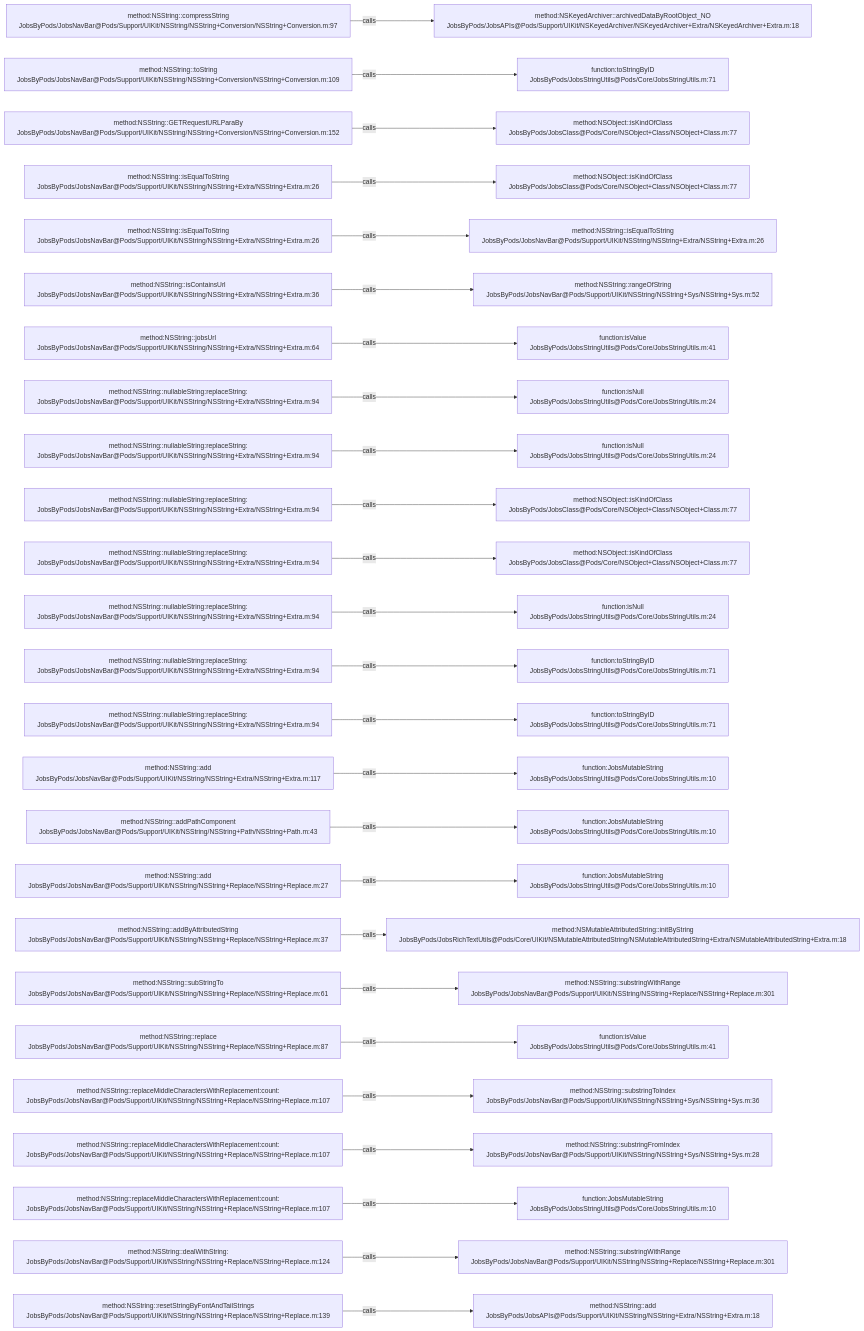
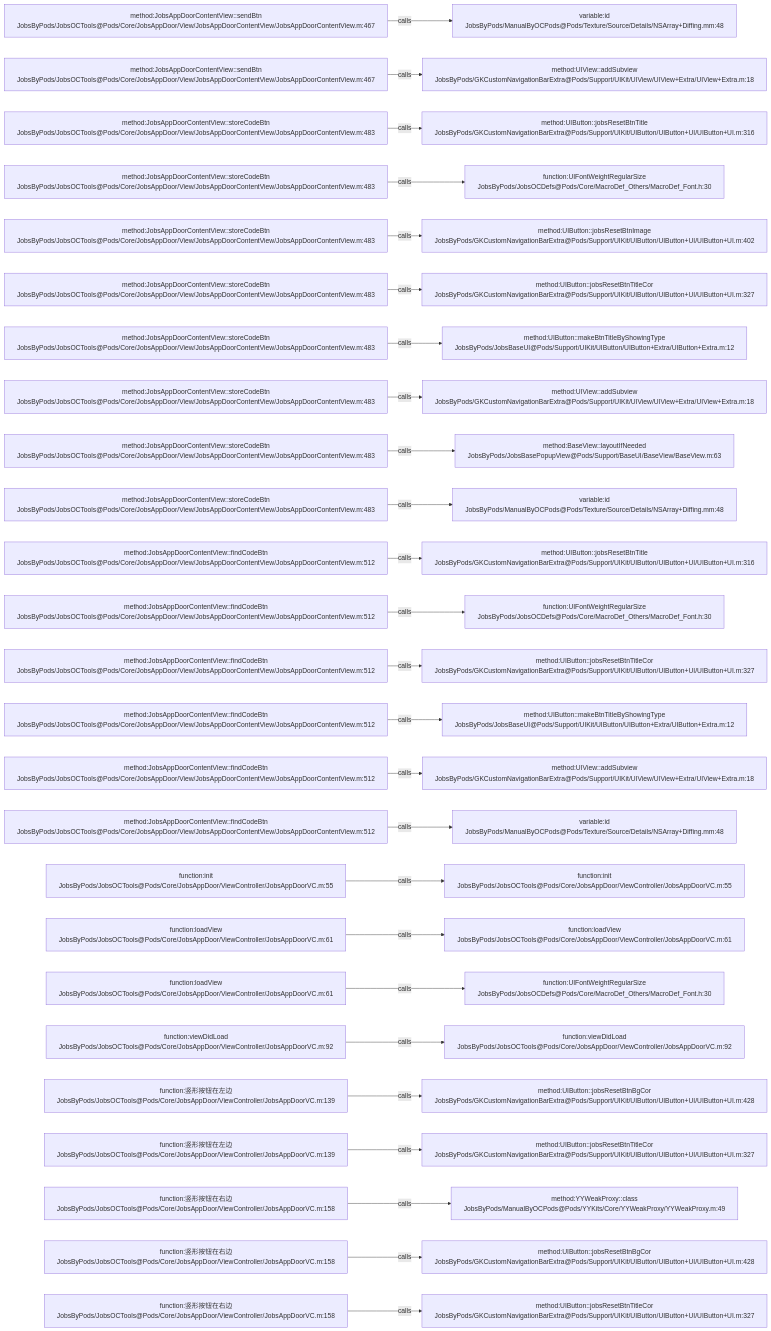
One commit to JobsKits/JobsOCBaseConfigDemo changed the diagram in .codegraph/codegraph.md/graphs/calls-150.md. Above: the diagram before and after it, drawn with Mermaid. The commit also changed 1026 other files, not shown here.

````diff
--- a/.codegraph/codegraph.md/graphs/calls-150.md
+++ b/.codegraph/codegraph.md/graphs/calls-150.md
@@ -13,78 +13,78 @@
 ```mermaid
 flowchart LR
-  S1["method:NSString::compressString<br/>JobsByPods/JobsNavBar@Pods/Support/UIKit/NSString/NSString+Conversion/NSString+Conversion.m:97"]
-  T1["method:NSKeyedArchiver::archivedDataByRootObject_NO<br/>JobsByPods/JobsAPIs@Pods/Support/UIKit/NSKeyedArchiver/NSKeyedArchiver+Extra/NSKeyedArchiver+Extra.m:18"]
+  S1["method:JobsAppDoorContentView::sendBtn<br/>JobsByPods/JobsOCTools@Pods/Core/JobsAppDoor/View/JobsAppDoorContentView/JobsAppDoorContentView.m:467"]
+  T1["variable:id<br/>JobsByPods/ManualByOCPods@Pods/Texture/Source/Details/NSArray+Diffing.mm:48"]
   S1 -->|calls| T1
-  S2["method:NSString::toString<br/>JobsByPods/JobsNavBar@Pods/Support/UIKit/NSString/NSString+Conversion/NSString+Conversion.m:109"]
-  T2["function:toStringByID<br/>JobsByPods/JobsStringUtils@Pods/Core/JobsStringUtils.m:71"]
+  S2["method:JobsAppDoorContentView::sendBtn<br/>JobsByPods/JobsOCTools@Pods/Core/JobsAppDoor/View/JobsAppDoorContentView/JobsAppDoorContentView.m:467"]
+  T2["method:UIView::addSubview<br/>JobsByPods/GKCustomNavigationBarExtra@Pods/Support/UIKit/UIView/UIView+Extra/UIView+Extra.m:18"]
   S2 -->|calls| T2
-  S3["method:NSString::GETRequestURLParaBy<br/>JobsByPods/JobsNavBar@Pods/Support/UIKit/NSString/NSString+Conversion/NSString+Conversion.m:152"]
-  T3["method:NSObject::isKindOfClass<br/>JobsByPods/JobsClass@Pods/Core/NSObject+Class/NSObject+Class.m:77"]
+  S3["method:JobsAppDoorContentView::storeCodeBtn<br/>JobsByPods/JobsOCTools@Pods/Core/JobsAppDoor/View/JobsAppDoorContentView/JobsAppDoorContentView.m:483"]
+  T3["method:UIButton::jobsResetBtnTitle<br/>JobsByPods/GKCustomNavigationBarExtra@Pods/Support/UIKit/UIButton/UIButton+UI/UIButton+UI.m:316"]
   S3 -->|calls| T3
-  S4["method:NSString::isEqualToString<br/>JobsByPods/JobsNavBar@Pods/Support/UIKit/NSString/NSString+Extra/NSString+Extra.m:26"]
-  T4["method:NSObject::isKindOfClass<br/>JobsByPods/JobsClass@Pods/Core/NSObject+Class/NSObject+Class.m:77"]
+  S4["method:JobsAppDoorContentView::storeCodeBtn<br/>JobsByPods/JobsOCTools@Pods/Core/JobsAppDoor/View/JobsAppDoorContentView/JobsAppDoorContentView.m:483"]
+  T4["function:UIFontWeightRegularSize<br/>JobsByPods/JobsOCDefs@Pods/Core/MacroDef_Others/MacroDef_Font.h:30"]
   S4 -->|calls| T4
-  S5["method:NSString::isEqualToString<br/>JobsByPods/JobsNavBar@Pods/Support/UIKit/NSString/NSString+Extra/NSString+Extra.m:26"]
-  T5["method:NSString::isEqualToString<br/>JobsByPods/JobsNavBar@Pods/Support/UIKit/NSString/NSString+Extra/NSString+Extra.m:26"]
+  S5["method:JobsAppDoorContentView::storeCodeBtn<br/>JobsByPods/JobsOCTools@Pods/Core/JobsAppDoor/View/JobsAppDoorContentView/JobsAppDoorContentView.m:483"]
+  T5["method:UIButton::jobsResetBtnImage<br/>JobsByPods/GKCustomNavigationBarExtra@Pods/Support/UIKit/UIButton/UIButton+UI/UIButton+UI.m:402"]
   S5 -->|calls| T5
-  S6["method:NSString::isContainsUrl<br/>JobsByPods/JobsNavBar@Pods/Support/UIKit/NSString/NSString+Extra/NSString+Extra.m:36"]
-  T6["method:NSString::rangeOfString<br/>JobsByPods/JobsNavBar@Pods/Support/UIKit/NSString/NSString+Sys/NSString+Sys.m:52"]
+  S6["method:JobsAppDoorContentView::storeCodeBtn<br/>JobsByPods/JobsOCTools@Pods/Core/JobsAppDoor/View/JobsAppDoorContentView/JobsAppDoorContentView.m:483"]
+  T6["method:UIButton::jobsResetBtnTitleCor<br/>JobsByPods/GKCustomNavigationBarExtra@Pods/Support/UIKit/UIButton/UIButton+UI/UIButton+UI.m:327"]
   S6 -->|calls| T6
-  S7["method:NSString::jobsUrl<br/>JobsByPods/JobsNavBar@Pods/Support/UIKit/NSString/NSString+Extra/NSString+Extra.m:64"]
-  T7["function:isValue<br/>JobsByPods/JobsStringUtils@Pods/Core/JobsStringUtils.m:41"]
+  S7["method:JobsAppDoorContentView::storeCodeBtn<br/>JobsByPods/JobsOCTools@Pods/Core/JobsAppDoor/View/JobsAppDoorContentView/JobsAppDoorContentView.m:483"]
+  T7["method:UIButton::makeBtnTitleByShowingType<br/>JobsByPods/JobsBaseUI@Pods/Support/UIKit/UIButton/UIButton+Extra/UIButton+Extra.m:12"]
   S7 -->|calls| T7
-  S8["method:NSString::nullableString:replaceString:<br/>JobsByPods/JobsNavBar@Pods/Support/UIKit/NSString/NSString+Extra/NSString+Extra.m:94"]
-  T8["function:isNull<br/>JobsByPods/JobsStringUtils@Pods/Core/JobsStringUtils.m:24"]
+  S8["method:JobsAppDoorContentView::storeCodeBtn<br/>JobsByPods/JobsOCTools@Pods/Core/JobsAppDoor/View/JobsAppDoorContentView/JobsAppDoorContentView.m:483"]
+  T8["method:UIView::addSubview<br/>JobsByPods/GKCustomNavigationBarExtra@Pods/Support/UIKit/UIView/UIView+Extra/UIView+Extra.m:18"]
   S8 -->|calls| T8
-  S9["method:NSString::nullableString:replaceString:<br/>JobsByPods/JobsNavBar@Pods/Support/UIKit/NSString/NSString+Extra/NSString+Extra.m:94"]
-  T9["function:isNull<br/>JobsByPods/JobsStringUtils@Pods/Core/JobsStringUtils.m:24"]
+  S9["method:JobsAppDoorContentView::storeCodeBtn<br/>JobsByPods/JobsOCTools@Pods/Core/JobsAppDoor/View/JobsAppDoorContentView/JobsAppDoorContentView.m:483"]
+  T9["method:BaseView::layoutIfNeeded<br/>JobsByPods/JobsBasePopupView@Pods/Support/BaseUI/BaseView/BaseView.m:63"]
   S9 -->|calls| T9
-  S10["method:NSString::nullableString:replaceString:<br/>JobsByPods/JobsNavBar@Pods/Support/UIKit/NSString/NSString+Extra/NSString+Extra.m:94"]
-  T10["method:NSObject::isKindOfClass<br/>JobsByPods/JobsClass@Pods/Core/NSObject+Class/NSObject+Class.m:77"]
+  S10["method:JobsAppDoorContentView::storeCodeBtn<br/>JobsByPods/JobsOCTools@Pods/Core/JobsAppDoor/View/JobsAppDoorContentView/JobsAppDoorContentView.m:483"]
+  T10["variable:id<br/>JobsByPods/ManualByOCPods@Pods/Texture/Source/Details/NSArray+Diffing.mm:48"]
   S10 -->|calls| T10
-  S11["method:NSString::nullableString:replaceString:<br/>JobsByPods/JobsNavBar@Pods/Support/UIKit/NSString/NSString+Extra/NSString+Extra.m:94"]
-  T11["method:NSObject::isKindOfClass<br/>JobsByPods/JobsClass@Pods/Core/NSObject+Class/NSObject+Class.m:77"]
+  S11["method:JobsAppDoorContentView::findCodeBtn<br/>JobsByPods/JobsOCTools@Pods/Core/JobsAppDoor/View/JobsAppDoorContentView/JobsAppDoorContentView.m:512"]
+  T11["method:UIButton::jobsResetBtnTitle<br/>JobsByPods/GKCustomNavigationBarExtra@Pods/Support/UIKit/UIButton/UIButton+UI/UIButton+UI.m:316"]
   S11 -->|calls| T11
-  S12["method:NSString::nullableString:replaceString:<br/>JobsByPods/JobsNavBar@Pods/Support/UIKit/NSString/NSString+Extra/NSString+Extra.m:94"]
-  T12["function:isNull<br/>JobsByPods/JobsStringUtils@Pods/Core/JobsStringUtils.m:24"]
+  S12["method:JobsAppDoorContentView::findCodeBtn<br/>JobsByPods/JobsOCTools@Pods/Core/JobsAppDoor/View/JobsAppDoorContentView/JobsAppDoorContentView.m:512"]
+  T12["function:UIFontWeightRegularSize<br/>JobsByPods/JobsOCDefs@Pods/Core/MacroDef_Others/MacroDef_Font.h:30"]
   S12 -->|calls| T12
-  S13["method:NSString::nullableString:replaceString:<br/>JobsByPods/JobsNavBar@Pods/Support/UIKit/NSString/NSString+Extra/NSString+Extra.m:94"]
-  T13["function:toStringByID<br/>JobsByPods/JobsStringUtils@Pods/Core/JobsStringUtils.m:71"]
+  S13["method:JobsAppDoorContentView::findCodeBtn<br/>JobsByPods/JobsOCTools@Pods/Core/JobsAppDoor/View/JobsAppDoorContentView/JobsAppDoorContentView.m:512"]
+  T13["method:UIButton::jobsResetBtnTitleCor<br/>JobsByPods/GKCustomNavigationBarExtra@Pods/Support/UIKit/UIButton/UIButton+UI/UIButton+UI.m:327"]
   S13 -->|calls| T13
-  S14["method:NSString::nullableString:replaceString:<br/>JobsByPods/JobsNavBar@Pods/Support/UIKit/NSString/NSString+Extra/NSString+Extra.m:94"]
-  T14["function:toStringByID<br/>JobsByPods/JobsStringUtils@Pods/Core/JobsStringUtils.m:71"]
+  S14["method:JobsAppDoorContentView::findCodeBtn<br/>JobsByPods/JobsOCTools@Pods/Core/JobsAppDoor/View/JobsAppDoorContentView/JobsAppDoorContentView.m:512"]
+  T14["method:UIButton::makeBtnTitleByShowingType<br/>JobsByPods/JobsBaseUI@Pods/Support/UIKit/UIButton/UIButton+Extra/UIButton+Extra.m:12"]
   S14 -->|calls| T14
-  S15["method:NSString::add<br/>JobsByPods/JobsNavBar@Pods/Support/UIKit/NSString/NSString+Extra/NSString+Extra.m:117"]
-  T15["function:JobsMutableString<br/>JobsByPods/JobsStringUtils@Pods/Core/JobsStringUtils.m:10"]
+  S15["method:JobsAppDoorContentView::findCodeBtn<br/>JobsByPods/JobsOCTools@Pods/Core/JobsAppDoor/View/JobsAppDoorContentView/JobsAppDoorContentView.m:512"]
+  T15["method:UIView::addSubview<br/>JobsByPods/GKCustomNavigationBarExtra@Pods/Support/UIKit/UIView/UIView+Extra/UIView+Extra.m:18"]
   S15 -->|calls| T15
-  S16["method:NSString::addPathComponent<br/>JobsByPods/JobsNavBar@Pods/Support/UIKit/NSString/NSString+Path/NSString+Path.m:43"]
-  T16["function:JobsMutableString<br/>JobsByPods/JobsStringUtils@Pods/Core/JobsStringUtils.m:10"]
+  S16["method:JobsAppDoorContentView::findCodeBtn<br/>JobsByPods/JobsOCTools@Pods/Core/JobsAppDoor/View/JobsAppDoorContentView/JobsAppDoorContentView.m:512"]
+  T16["variable:id<br/>JobsByPods/ManualByOCPods@Pods/Texture/Source/Details/NSArray+Diffing.mm:48"]
   S16 -->|calls| T16
-  S17["method:NSString::add<br/>JobsByPods/JobsNavBar@Pods/Support/UIKit/NSString/NSString+Replace/NSString+Replace.m:27"]
-  T17["function:JobsMutableString<br/>JobsByPods/JobsStringUtils@Pods/Core/JobsStringUtils.m:10"]
+  S17["function:init<br/>JobsByPods/JobsOCTools@Pods/Core/JobsAppDoor/ViewController/JobsAppDoorVC.m:55"]
+  T17["function:init<br/>JobsByPods/JobsOCTools@Pods/Core/JobsAppDoor/ViewController/JobsAppDoorVC.m:55"]
   S17 -->|calls| T17
-  S18["method:NSString::addByAttributedString<br/>JobsByPods/JobsNavBar@Pods/Support/UIKit/NSString/NSString+Replace/NSString+Replace.m:37"]
-  T18["method:NSMutableAttributedString::initByString<br/>JobsByPods/JobsRichTextUtils@Pods/Core/UIKit/NSMutableAttributedString/NSMutableAttributedString+Extra/NSMutableAttributedString+Extra.m:18"]
+  S18["function:loadView<br/>JobsByPods/JobsOCTools@Pods/Core/JobsAppDoor/ViewController/JobsAppDoorVC.m:61"]
+  T18["function:loadView<br/>JobsByPods/JobsOCTools@Pods/Core/JobsAppDoor/ViewController/JobsAppDoorVC.m:61"]
   S18 -->|calls| T18
-  S19["method:NSString::subStringTo<br/>JobsByPods/JobsNavBar@Pods/Support/UIKit/NSString/NSString+Replace/NSString+Replace.m:61"]
-  T19["method:NSString::substringWithRange<br/>JobsByPods/JobsNavBar@Pods/Support/UIKit/NSString/NSString+Replace/NSString+Replace.m:301"]
+  S19["function:loadView<br/>JobsByPods/JobsOCTools@Pods/Core/JobsAppDoor/ViewController/JobsAppDoorVC.m:61"]
+  T19["function:UIFontWeightRegularSize<br/>JobsByPods/JobsOCDefs@Pods/Core/MacroDef_Others/MacroDef_Font.h:30"]
   S19 -->|calls| T19
-  S20["method:NSString::replace<br/>JobsByPods/JobsNavBar@Pods/Support/UIKit/NSString/NSString+Replace/NSString+Replace.m:87"]
-  T20["function:isValue<br/>JobsByPods/JobsStringUtils@Pods/Core/JobsStringUtils.m:41"]
+  S20["function:viewDidLoad<br/>JobsByPods/JobsOCTools@Pods/Core/JobsAppDoor/ViewController/JobsAppDoorVC.m:92"]
+  T20["function:viewDidLoad<br/>JobsByPods/JobsOCTools@Pods/Core/JobsAppDoor/ViewController/JobsAppDoorVC.m:92"]
   S20 -->|calls| T20
-  S21["method:NSString::replaceMiddleCharactersWithReplacement:count:<br/>JobsByPods/JobsNavBar@Pods/Support/UIKit/NSString/NSString+Replace/NSString+Replace.m:107"]
-  T21["method:NSString::substringToIndex<br/>JobsByPods/JobsNavBar@Pods/Support/UIKit/NSString/NSString+Sys/NSString+Sys.m:36"]
+  S21["function:竖形按钮在左边<br/>JobsByPods/JobsOCTools@Pods/Core/JobsAppDoor/ViewController/JobsAppDoorVC.m:139"]
+  T21["method:UIButton::jobsResetBtnBgCor<br/>JobsByPods/GKCustomNavigationBarExtra@Pods/Support/UIKit/UIButton/UIButton+UI/UIButton+UI.m:428"]
   S21 -->|calls| T21
-  S22["method:NSString::replaceMiddleCharactersWithReplacement:count:<br/>JobsByPods/JobsNavBar@Pods/Support/UIKit/NSString/NSString+Replace/NSString+Replace.m:107"]
-  T22["method:NSString::substringFromIndex<br/>JobsByPods/JobsNavBar@Pods/Support/UIKit/NSString/NSString+Sys/NSString+Sys.m:28"]
+  S22["function:竖形按钮在左边<br/>JobsByPods/JobsOCTools@Pods/Core/JobsAppDoor/ViewController/JobsAppDoorVC.m:139"]
+  T22["method:UIButton::jobsResetBtnTitleCor<br/>JobsByPods/GKCustomNavigationBarExtra@Pods/Support/UIKit/UIButton/UIButton+UI/UIButton+UI.m:327"]
   S22 -->|calls| T22
-  S23["method:NSString::replaceMiddleCharactersWithReplacement:count:<br/>JobsByPods/JobsNavBar@Pods/Support/UIKit/NSString/NSString+Replace/NSString+Replace.m:107"]
-  T23["function:JobsMutableString<br/>JobsByPods/JobsStringUtils@Pods/Core/JobsStringUtils.m:10"]
+  S23["function:竖形按钮在右边<br/>JobsByPods/JobsOCTools@Pods/Core/JobsAppDoor/ViewController/JobsAppDoorVC.m:158"]
+  T23["method:YYWeakProxy::class<br/>JobsByPods/ManualByOCPods@Pods/YYKits/Core/YYWeakProxy/YYWeakProxy.m:49"]
   S23 -->|calls| T23
-  S24["method:NSString::dealWithString:<br/>JobsByPods/JobsNavBar@Pods/Support/UIKit/NSString/NSString+Replace/NSString+Replace.m:124"]
-  T24["method:NSString::substringWithRange<br/>JobsByPods/JobsNavBar@Pods/Support/UIKit/NSString/NSString+Replace/NSString+Replace.m:301"]
+  S24["function:竖形按钮在右边<br/>JobsByPods/JobsOCTools@Pods/Core/JobsAppDoor/ViewController/JobsAppDoorVC.m:158"]
+  T24["method:UIButton::jobsResetBtnBgCor<br/>JobsByPods/GKCustomNavigationBarExtra@Pods/Support/UIKit/UIButton/UIButton+UI/UIButton+UI.m:428"]
   S24 -->|calls| T24
-  S25["method:NSString::resetStringByFontAndTailStrings<br/>JobsByPods/JobsNavBar@Pods/Support/UIKit/NSString/NSString+Replace/NSString+Replace.m:139"]
-  T25["method:NSString::add<br/>JobsByPods/JobsAPIs@Pods/Support/UIKit/NSString/NSString+Extra/NSString+Extra.m:18"]
+  S25["function:竖形按钮在右边<br/>JobsByPods/JobsOCTools@Pods/Core/JobsAppDoor/ViewController/JobsAppDoorVC.m:158"]
+  T25["method:UIButton::jobsResetBtnTitleCor<br/>JobsByPods/GKCustomNavigationBarExtra@Pods/Support/UIKit/UIButton/UIButton+UI/UIButton+UI.m:327"]
   S25 -->|calls| T25
 ```
````
